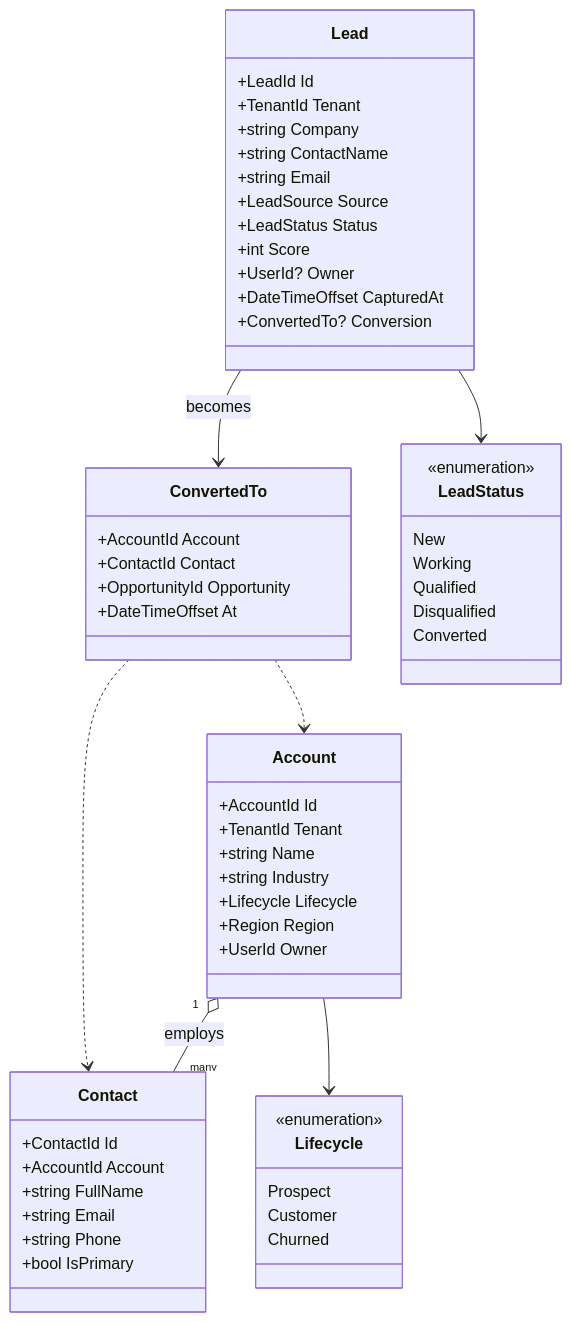
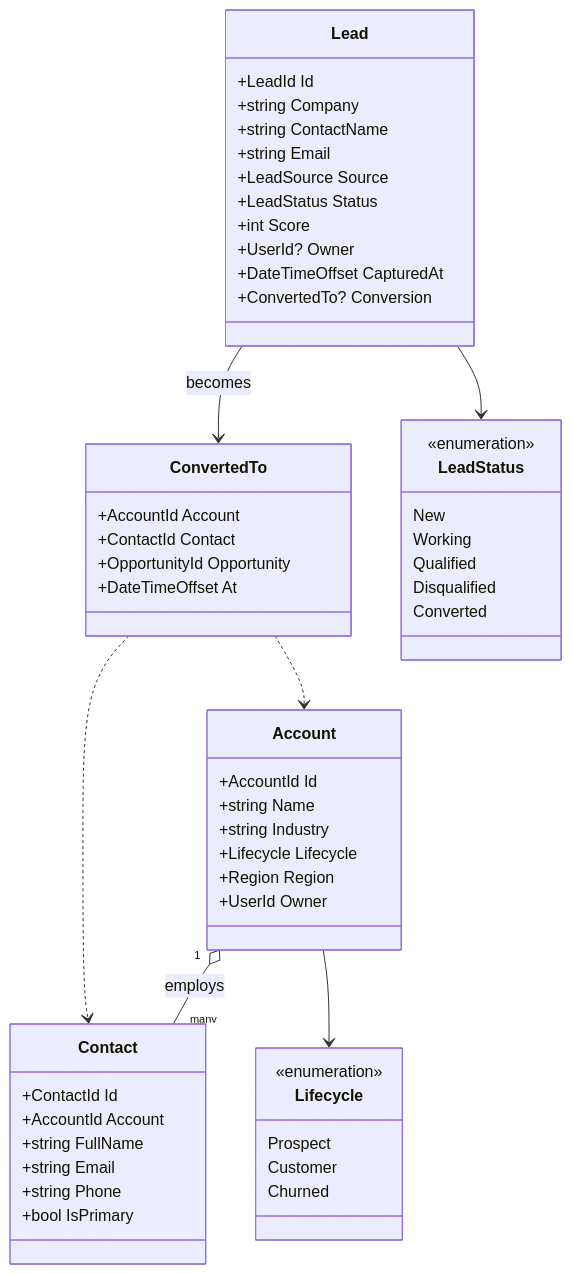
One commit to KhaiTrang1995/NexusFlow changed the fourth of 14 diagrams in docs/26-CRM-Sample.md. Above: the diagram before and after it, drawn with Mermaid. The commit also changed other lines of this file, not shown here.

First line of the commit message:
docs: the design put a tenant on four contracts, and a caller must not set one

````diff
--- a/docs/26-CRM-Sample.md
+++ b/docs/26-CRM-Sample.md
@@ -197,65 +197,63 @@
 ```mermaid
 classDiagram
     class Lead {
         +LeadId Id
-        +TenantId Tenant
         +string Company
         +string ContactName
         +string Email
         +LeadSource Source
         +LeadStatus Status
         +int Score
         +UserId? Owner
         +DateTimeOffset CapturedAt
         +ConvertedTo? Conversion
     }
 
     class Account {
         +AccountId Id
-        +TenantId Tenant
         +string Name
         +string Industry
         +Lifecycle Lifecycle
         +Region Region
         +UserId Owner
     }
 
     class Contact {
         +ContactId Id
         +AccountId Account
         +string FullName
         +string Email
         +string Phone
         +bool IsPrimary
     }
 
     class ConvertedTo {
         +AccountId Account
         +ContactId Contact
         +OpportunityId Opportunity
         +DateTimeOffset At
     }
 
     class LeadStatus {
         <<enumeration>>
         New
         Working
         Qualified
         Disqualified
         Converted
     }
 
     class Lifecycle {
         <<enumeration>>
         Prospect
         Customer
         Churned
     }
 
     Lead --> ConvertedTo : becomes
     Account "1" o-- "many" Contact : employs
     ConvertedTo ..> Account
     ConvertedTo ..> Contact
     Lead --> LeadStatus
     Account --> Lifecycle
 ```
````
